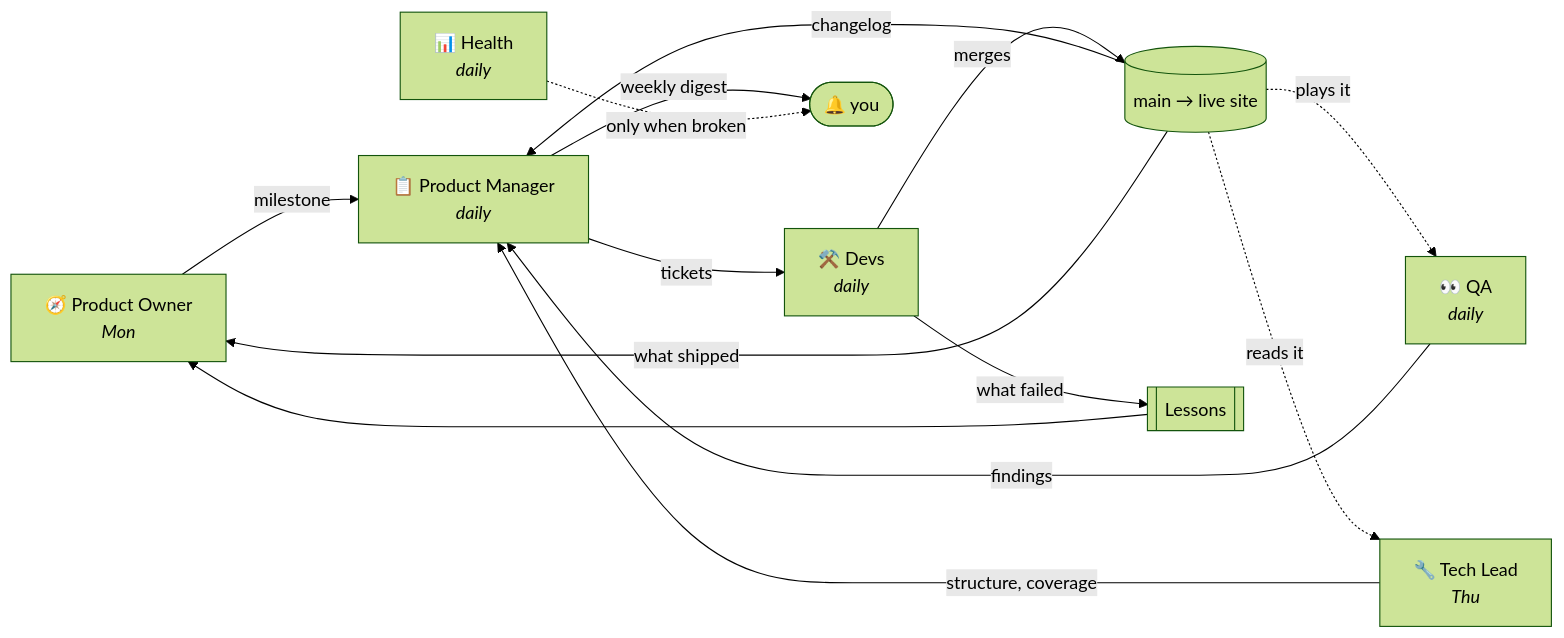
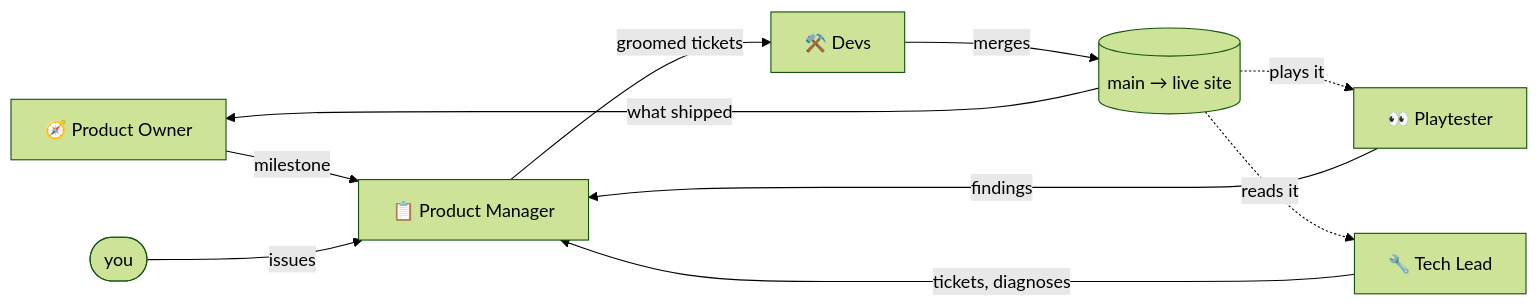
Before and after one commit to DavidCorrea/selfgrow: the diagram in README.md, drawn with Mermaid (forest theme). The commit also changed other lines of this file, not shown here.

First line of the commit message:
Cut the README to what a newcomer needs

````diff
--- a/README.md
+++ b/README.md
@@ -15,19 +13,12 @@
 ```mermaid
 flowchart LR
-    PO["🧭 Product Owner<br/><i>Mon</i>"] -->|milestone| PM["📋 Product Manager<br/><i>daily</i>"]
-    PM -->|tickets| DEV["⚒️ Devs<br/><i>daily</i>"]
+    PO["🧭 Product Owner"] -->|milestone| PM["📋 Product Manager"]
+    QA["👀 Playtester"] -->|findings| PM
+    TL["🔧 Tech Lead"] -->|tickets, diagnoses| PM
+    YOU(["you"]) -->|issues| PM
+    PM -->|groomed tickets| DEV["⚒️ Devs"]
     DEV -->|merges| MAIN[("main → live site")]
-    MAIN -->|changelog| PM
-
-    TL["🔧 Tech Lead<br/><i>Thu</i>"] -->|structure, coverage| PM
-    QA["👀 QA<br/><i>daily</i>"] -->|findings| PM
     MAIN -.->|plays it| QA
     MAIN -.->|reads it| TL
-
-    DEV -->|what failed| LESSONS[["Lessons"]]
-    LESSONS --> PO
     MAIN -->|what shipped| PO
-
-    PM -->|weekly digest| YOU(["🔔 you"])
-    HEALTH["📊 Health<br/><i>daily</i>"] -.->|only when broken| YOU
 ```
````
